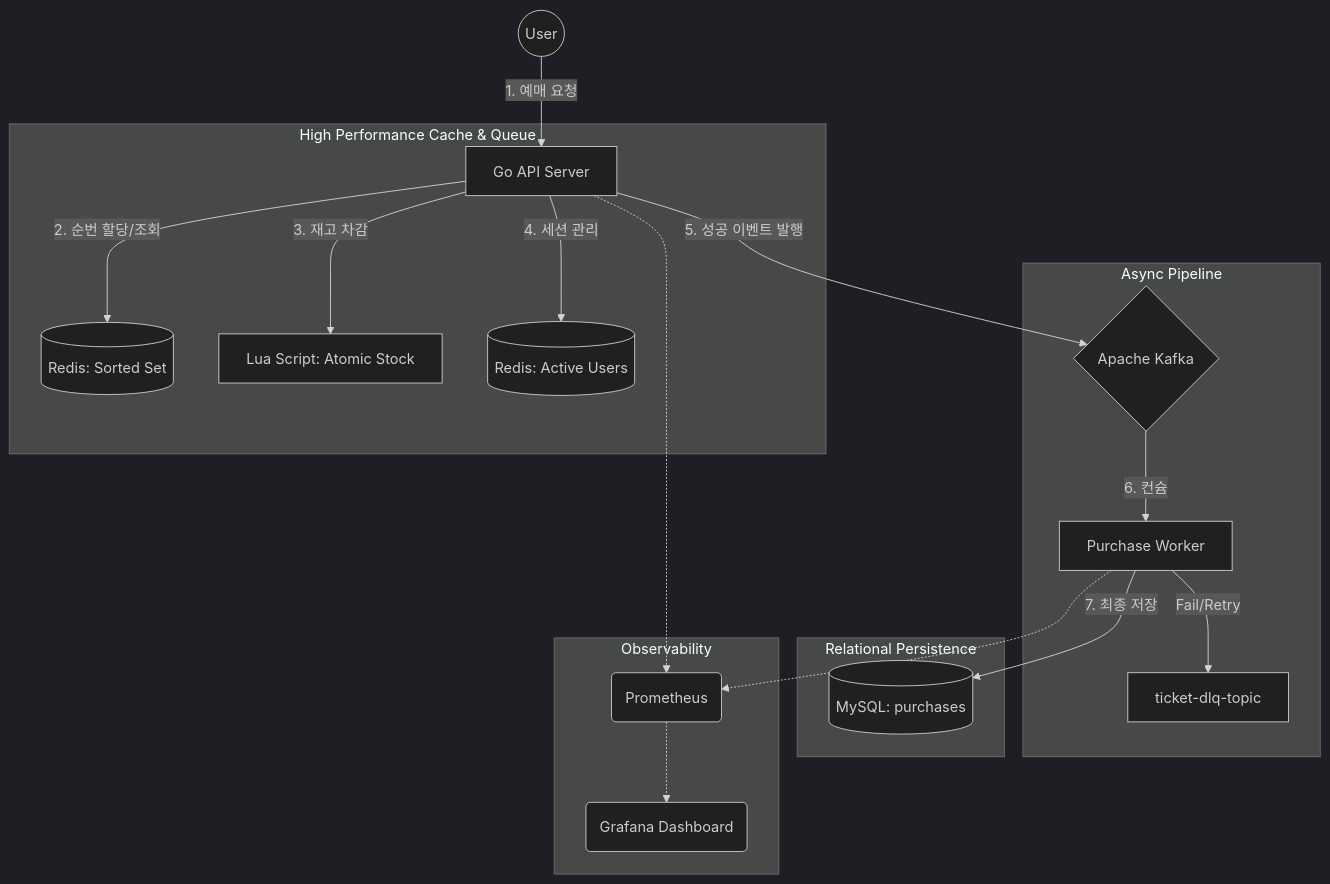
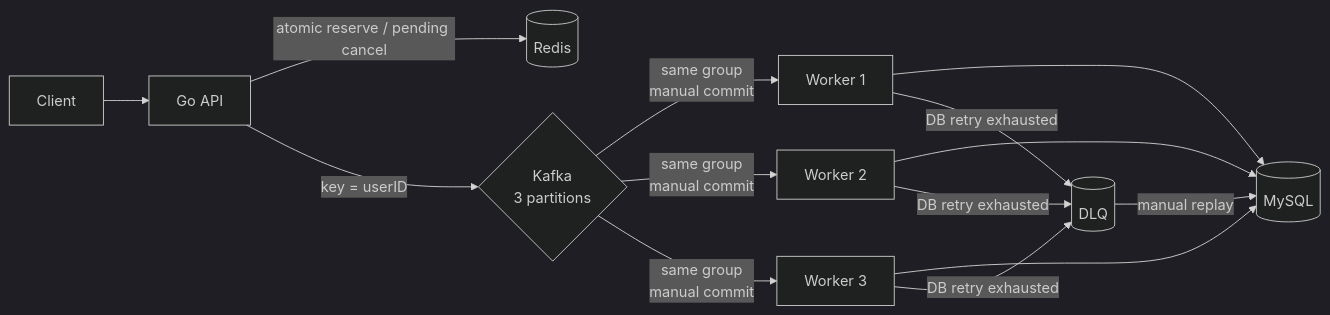
The diagram in README.md (whxodus0121/ticket-system), drawn with Mermaid (dark theme) before and after one commit. The commit also changed other lines of this file, not shown here.

````diff
--- a/README.md
+++ b/README.md
@@ -7,31 +58,12 @@
 ```mermaid
-graph TD
-    %% 사용자 및 진입점
-    User((User)) -->|1. 예매 요청| API[Go API Server]
-    
-    %% 대기열 및 재고 관리 (Redis)
-    subgraph Redis_Layer [High Performance Cache & Queue]
-        API -->|2. 순번 할당/조회| WaitingQueue[(Redis: Sorted Set)]
-        API -->|3. 재고 차감| Lua[Lua Script: Atomic Stock]
-        API -->|4. 세션 관리| ActiveSet[(Redis: Active Users)]
-    end
-
-    %% 메시지 브로커 (Kafka)
-    subgraph Message_Broker [Async Pipeline]
-        API -->|5. 성공 이벤트 발행| Kafka{Apache Kafka}
-        Kafka -->|6. 컨슘| Worker[Purchase Worker]
-        Worker -->|Fail/Retry| DLQ[ticket-dlq-topic]
-    end
-
-    %% 영속성 레이어 (MySQL)
-    subgraph Database_Layer [Relational Persistence]
-        Worker -->|7. 최종 저장| MySQL[(MySQL: purchases)]
-    end
-
-    %% 모니터링
-    subgraph Monitoring_Layer [Observability]
-        API -.-> Prometheus(Prometheus)
-        Worker -.-> Prometheus
-        Prometheus -.-> Grafana(Grafana Dashboard)
-    end
+flowchart LR
+    Client --> API[Go API]
+    API -->|atomic reserve / pending cancel| Redis[(Redis)]
+    API -->|key = userID| Kafka{Kafka<br/>3 partitions}
+    Kafka -->|same group<br/>manual commit| W1[Worker 1]
+    Kafka -->|same group<br/>manual commit| W2[Worker 2]
+    Kafka -->|same group<br/>manual commit| W3[Worker 3]
+    W1 & W2 & W3 --> MySQL[(MySQL)]
+    W1 & W2 & W3 -->|DB retry exhausted| DLQ[(DLQ)]
+    DLQ -->|manual replay| MySQL
 ```
````
